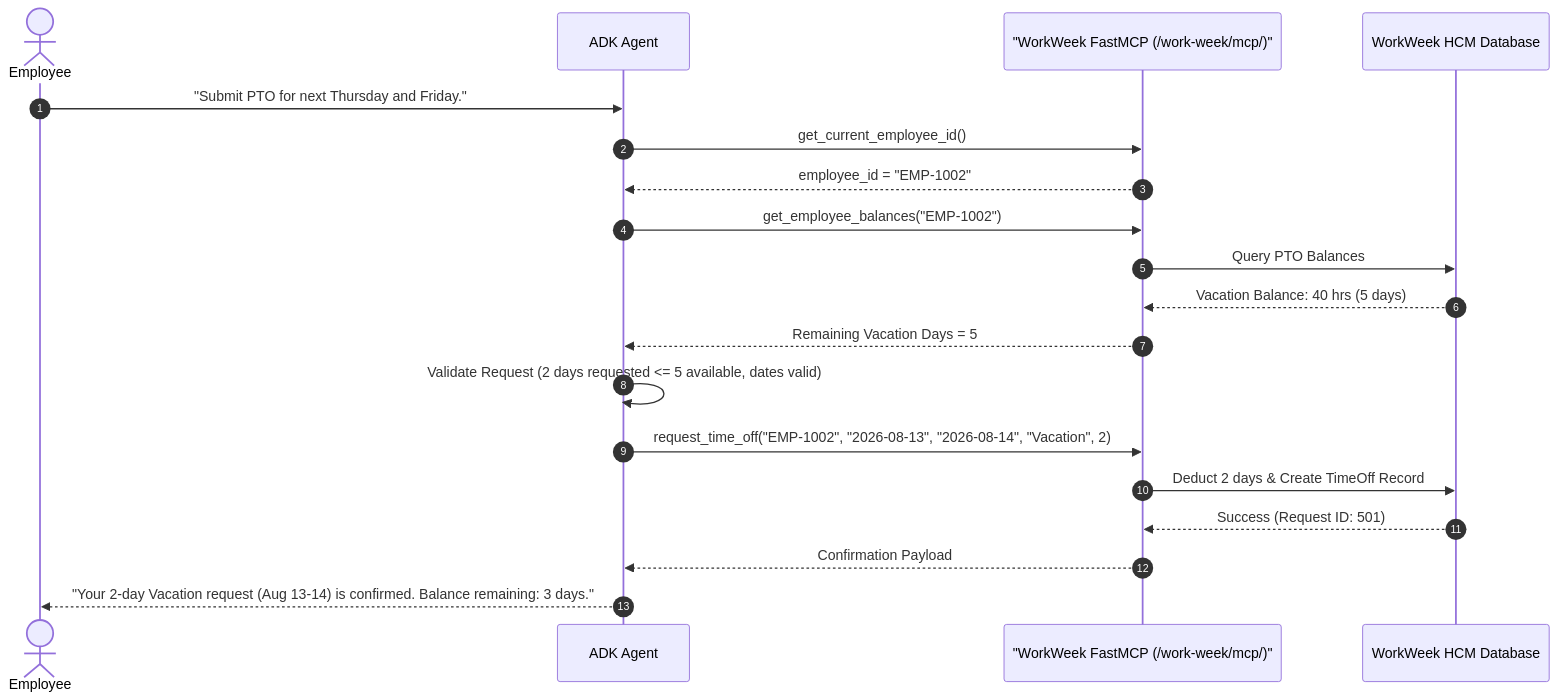
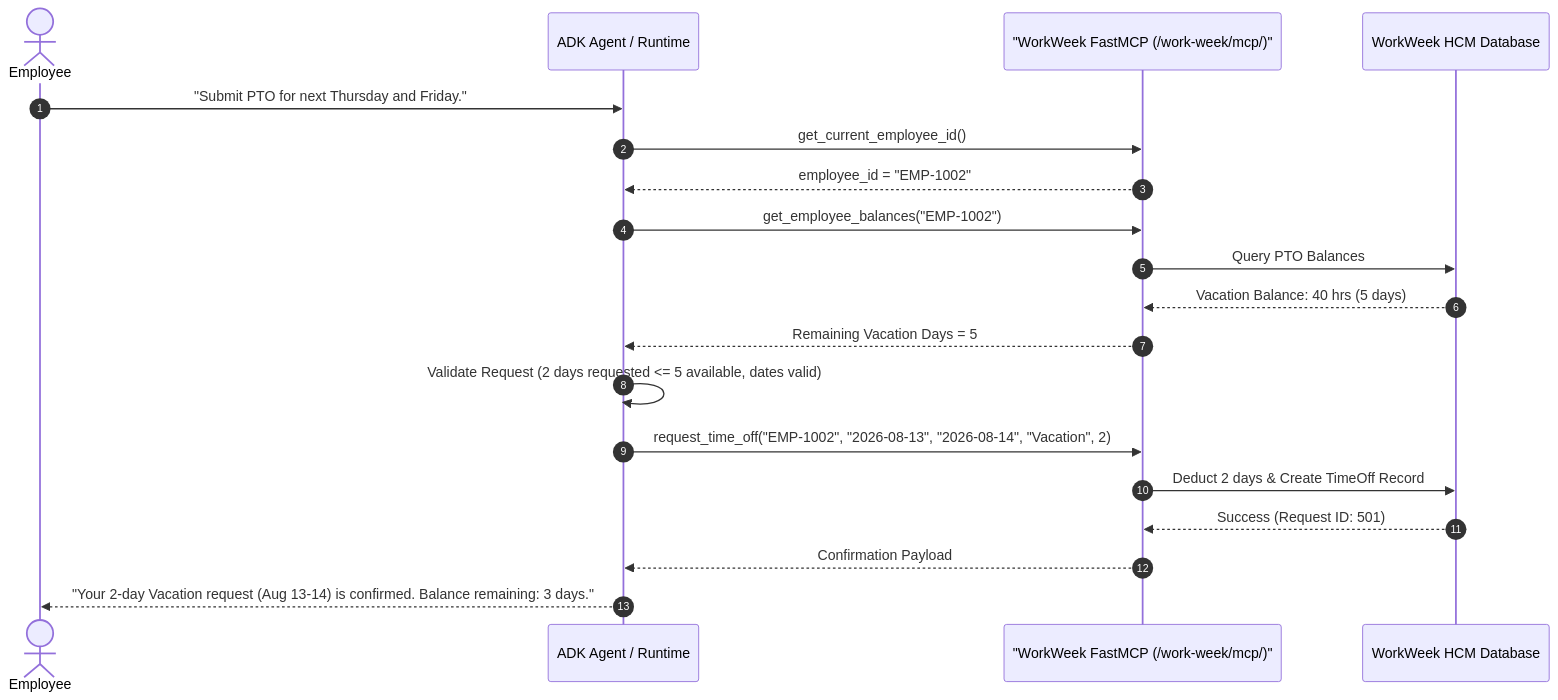
One commit to yangwhale/elevate-bj-g4 changed the third of 6 diagrams in SDD_Project_Elevate.md. Above: the diagram before and after it, drawn with Mermaid. The commit also changed other lines of this file, not shown here.

Commit message:
Update SDD with Google Cloud Model Armor, Vertex AI Search RAG, and Agent Runtime Session Service

````diff
--- a/SDD_Project_Elevate.md
+++ b/SDD_Project_Elevate.md
@@ -133,22 +137,22 @@
 ```mermaid
 sequenceDiagram
     autonumber
     actor Employee
-    participant Agent as ADK Agent
+    participant Agent as ADK Agent / Runtime
     participant WW as "WorkWeek FastMCP (/work-week/mcp/)"
     participant WW_DB as WorkWeek HCM Database
 
     Employee->>Agent: "Submit PTO for next Thursday and Friday."
     Agent->>WW: get_current_employee_id()
     WW-->>Agent: employee_id = "EMP-1002"
     Agent->>WW: get_employee_balances("EMP-1002")
     WW->>WW_DB: Query PTO Balances
     WW_DB-->>WW: Vacation Balance: 40 hrs (5 days)
     WW-->>Agent: Remaining Vacation Days = 5
     Agent->>Agent: Validate Request (2 days requested <= 5 available, dates valid)
     Agent->>WW: request_time_off("EMP-1002", "2026-08-13", "2026-08-14", "Vacation", 2)
     WW->>WW_DB: Deduct 2 days & Create TimeOff Record
     WW_DB-->>WW: Success (Request ID: 501)
     WW-->>Agent: Confirmation Payload
     Agent-->>Employee: "Your 2-day Vacation request (Aug 13-14) is confirmed. Balance remaining: 3 days."
 ```
````
